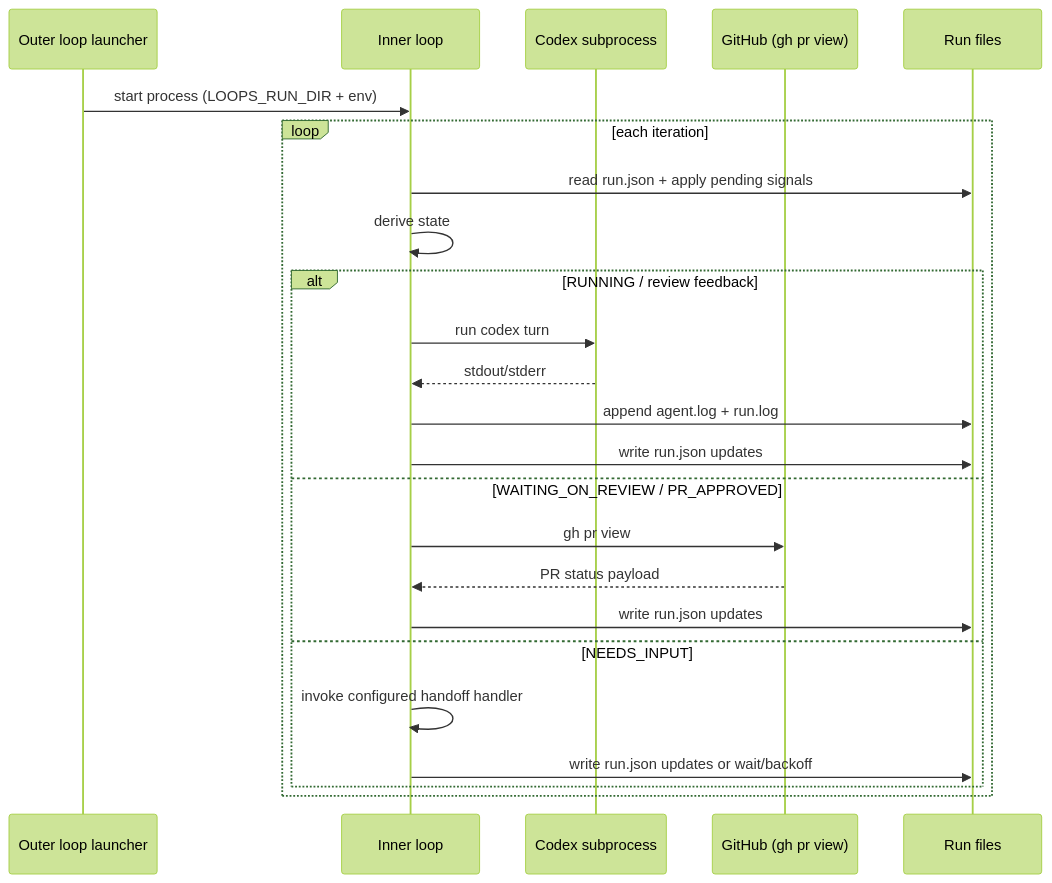
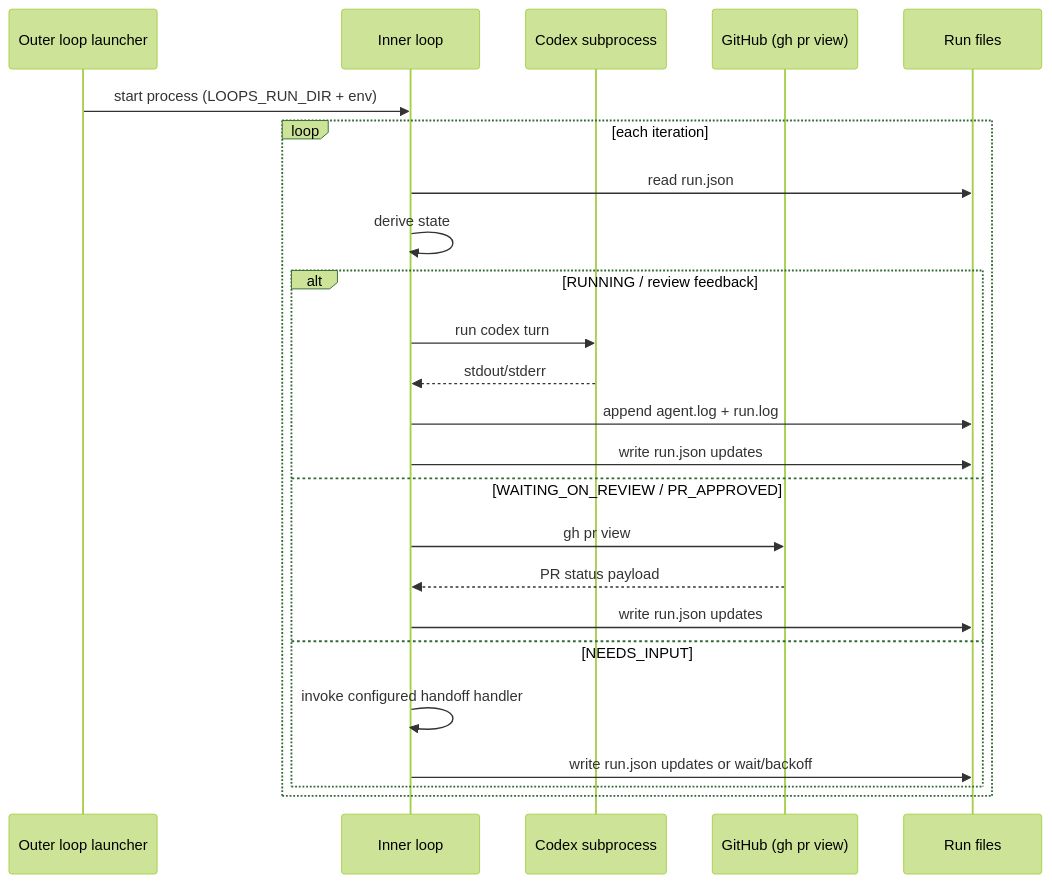
One commit to kevinslin/loops changed the diagram in docs/flows/ref.inner-loop.md. Above: the diagram before and after it, drawn with Mermaid (forest theme). The commit also changed other lines of this file and 3 other files, not shown here.

````diff
--- a/docs/flows/ref.inner-loop.md
+++ b/docs/flows/ref.inner-loop.md
@@ -78,27 +76,27 @@
 ```mermaid
 sequenceDiagram
     participant O as Outer loop launcher
     participant I as Inner loop
     participant C as Codex subprocess
     participant G as GitHub (gh pr view)
     participant FS as Run files
 
     O->>I: start process (LOOPS_RUN_DIR + env)
     loop each iteration
-        I->>FS: read run.json + apply pending signals
+        I->>FS: read run.json
         I->>I: derive state
         alt RUNNING / review feedback
             I->>C: run codex turn
             C-->>I: stdout/stderr
             I->>FS: append agent.log + run.log
             I->>FS: write run.json updates
         else WAITING_ON_REVIEW / PR_APPROVED
             I->>G: gh pr view
             G-->>I: PR status payload
             I->>FS: write run.json updates
         else NEEDS_INPUT
             I->>I: invoke configured handoff handler
             I->>FS: write run.json updates or wait/backoff
         end
     end
 ```
````
